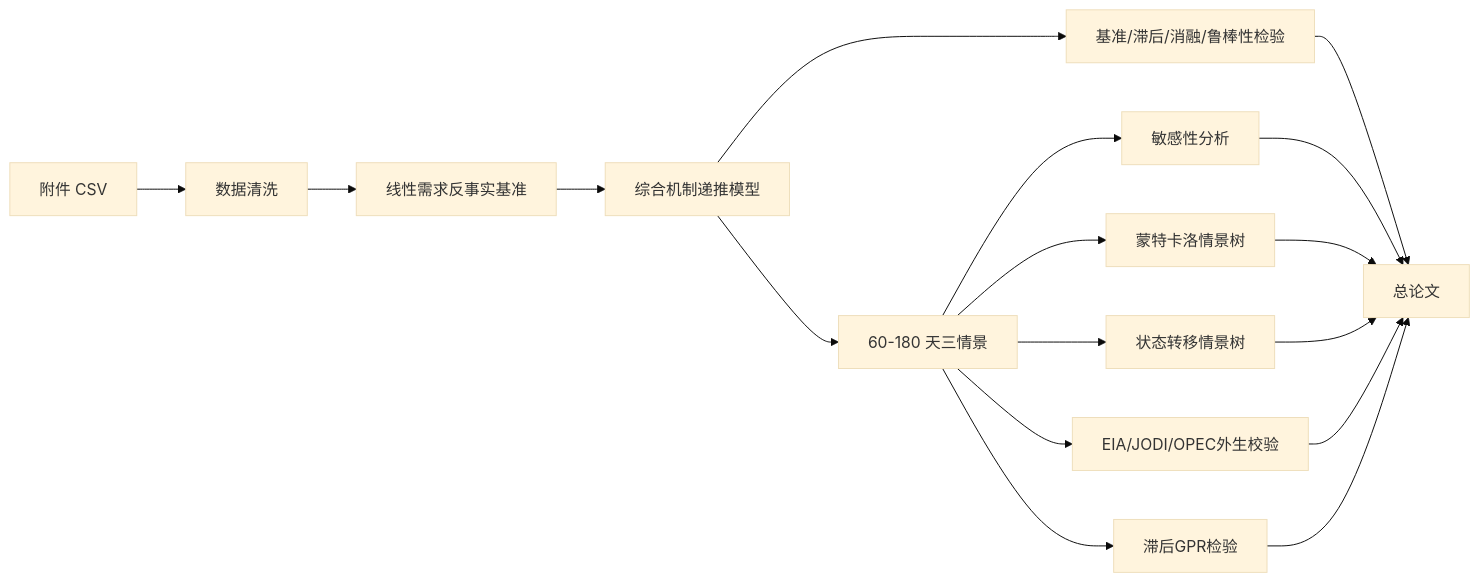
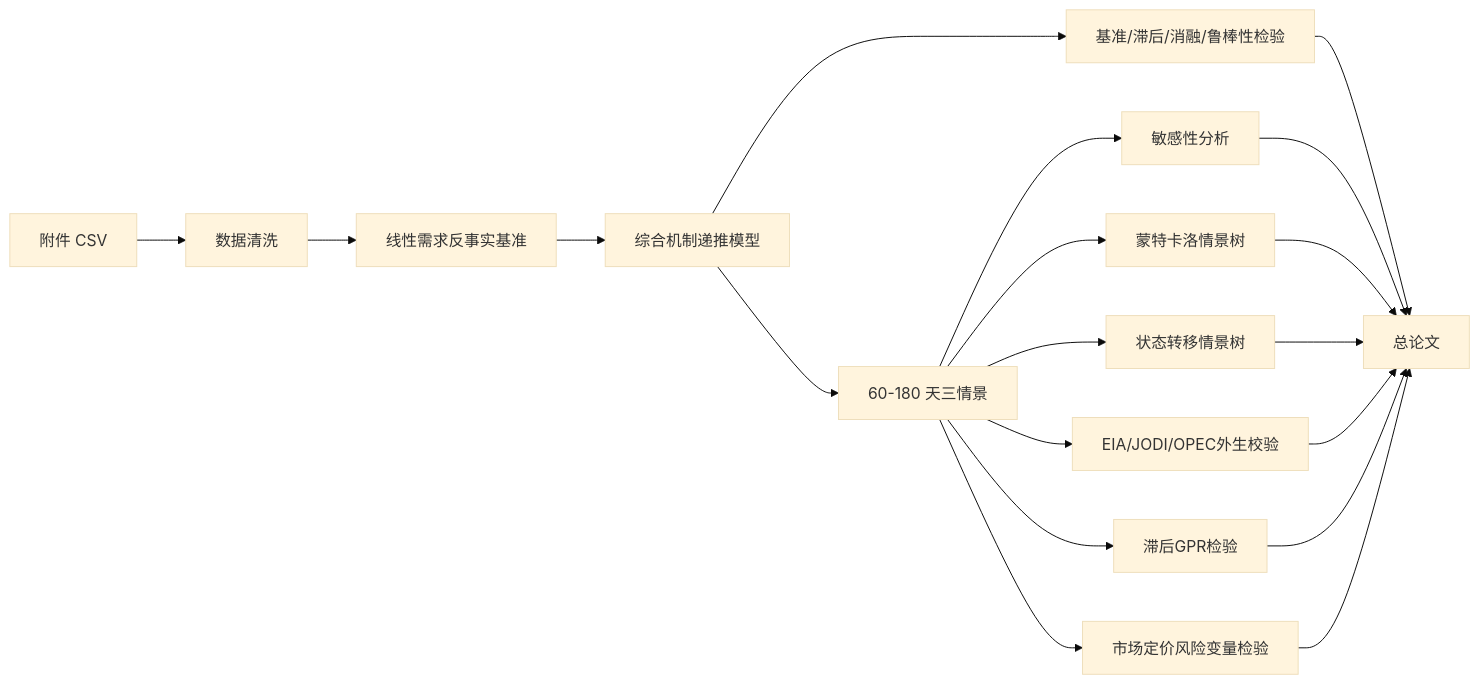
The diagram in docs/01_建模方案.md (Timcai06/-A-), drawn with Mermaid (base theme) before and after one commit. The commit also changed other lines of this file and 9 other files, not shown here.

Commit message:
Add market-priced risk variable audit

````diff
--- a/docs/01_建模方案.md
+++ b/docs/01_建模方案.md
@@ -5,19 +5,21 @@
 ```mermaid
 flowchart LR
     Raw["附件 CSV"] --> Clean["数据清洗"]
     Clean --> Baseline["线性需求反事实基准"]
     Baseline --> Main["综合机制递推模型"]
     Main --> Defense["基准/滞后/消融/鲁棒性检验"]
     Main --> Scenario["60-180 天三情景"]
     Scenario --> Sens["敏感性分析"]
     Scenario --> MC["蒙特卡洛情景树"]
     Scenario --> StateTree["状态转移情景树"]
     Scenario --> ExternalAudit["EIA/JODI/OPEC外生校验"]
     Scenario --> RiskAudit["滞后GPR检验"]
+    Scenario --> MarketRisk["市场定价风险变量检验"]
     Defense --> Paper["总论文"]
     Sens --> Paper
     MC --> Paper
     StateTree --> Paper
     ExternalAudit --> Paper
     RiskAudit --> Paper
+    MarketRisk --> Paper
 ```
````
